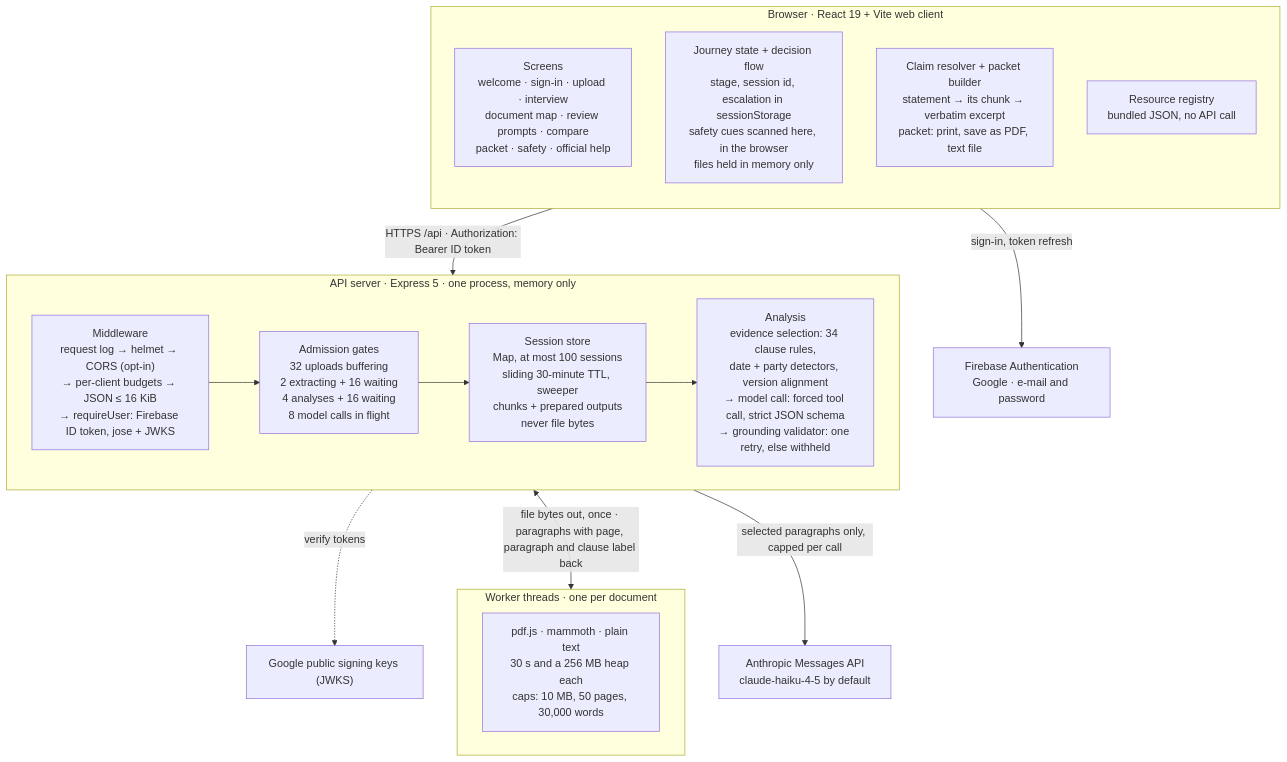
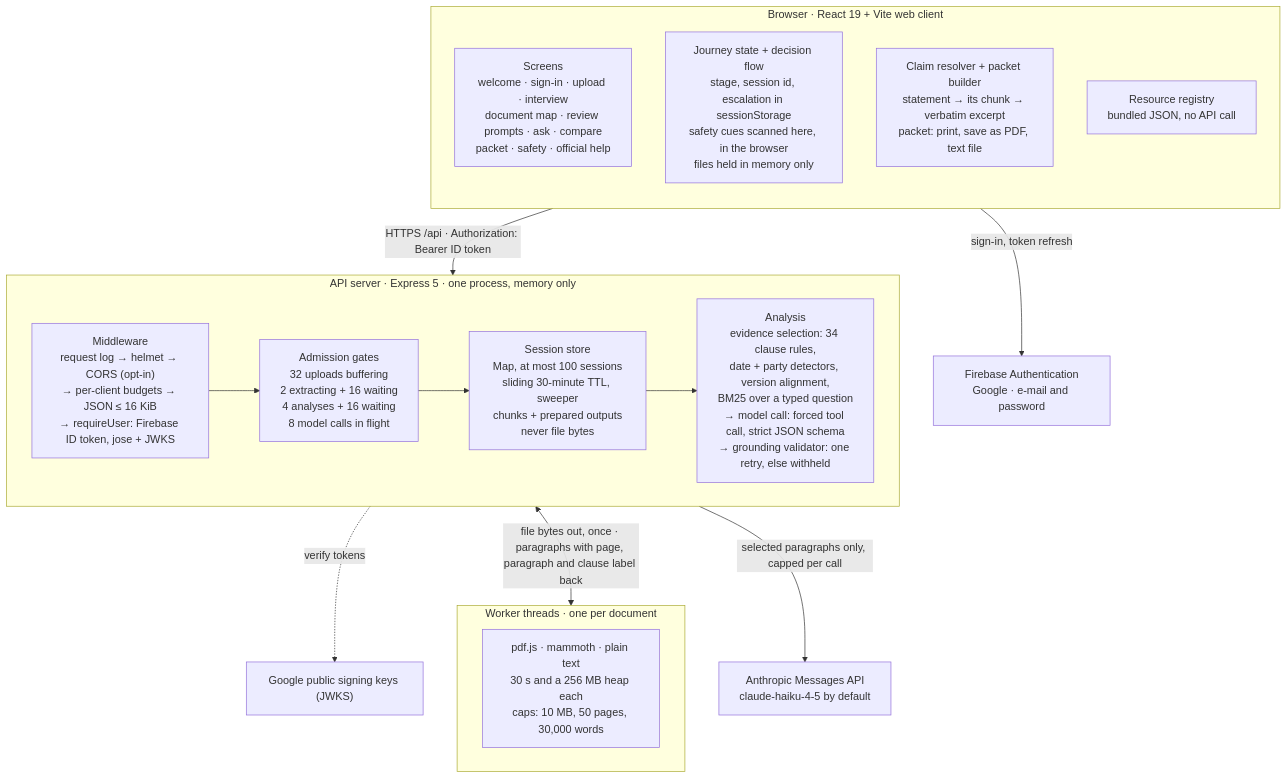
The first of 7 diagrams in README.md (adityarajgupta154/ClauseCompass), drawn with Mermaid before and after one commit. The commit also changed other lines of this file and 50 other files, not shown here.

First line of the commit message:
Answer one question about the document from its own paragraphs

````diff
--- a/README.md
+++ b/README.md
@@ -176,33 +180,33 @@
 ```mermaid
 flowchart TB
   subgraph browser["Browser · React 19 + Vite web client"]
     direction TB
-    ui["Screens<br/>welcome · sign-in · upload · interview<br/>document map · review prompts · compare<br/>packet · safety · official help"]
+    ui["Screens<br/>welcome · sign-in · upload · interview<br/>document map · review prompts · ask · compare<br/>packet · safety · official help"]
     journey["Journey state + decision flow<br/>stage, session id, escalation in sessionStorage<br/>safety cues scanned here, in the browser<br/>files held in memory only"]
     ground["Claim resolver + packet builder<br/>statement → its chunk → verbatim excerpt<br/>packet: print, save as PDF, text file"]
     resources["Resource registry<br/>bundled JSON, no API call"]
   end
 
   subgraph api["API server · Express 5 · one process, memory only"]
     direction LR
     mw["Middleware<br/>request log → helmet → CORS (opt-in)<br/>→ per-client budgets → JSON ≤ 16 KiB<br/>→ requireUser: Firebase ID token, jose + JWKS"]
     gates["Admission gates<br/>32 uploads buffering<br/>2 extracting + 16 waiting<br/>4 analyses + 16 waiting<br/>8 model calls in flight"]
     store["Session store<br/>Map, at most 100 sessions<br/>sliding 30-minute TTL, sweeper<br/>chunks + prepared outputs<br/>never file bytes"]
-    analysis["Analysis<br/>evidence selection: 34 clause rules,<br/>date + party detectors, version alignment<br/>→ model call: forced tool call, strict JSON schema<br/>→ grounding validator: one retry, else withheld"]
+    analysis["Analysis<br/>evidence selection: 34 clause rules,<br/>date + party detectors, version alignment,<br/>BM25 over a typed question<br/>→ model call: forced tool call, strict JSON schema<br/>→ grounding validator: one retry, else withheld"]
     mw --> gates --> store --> analysis
   end
 
   subgraph workers["Worker threads · one per document"]
     w["pdf.js · mammoth · plain text<br/>30 s and a 256 MB heap each<br/>caps: 10 MB, 50 pages, 30,000 words"]
   end
 
   fb["Firebase Authentication<br/>Google · e-mail and password"]
   jwks["Google public signing keys (JWKS)"]
   claude["Anthropic Messages API<br/>claude-haiku-4-5 by default"]
 
   browser -- "HTTPS /api · Authorization: Bearer ID token" --> api
   browser -- "sign-in, token refresh" --> fb
   api -. "verify tokens" .-> jwks
   api <-- "file bytes out, once · paragraphs with page, paragraph and clause label back" --> workers
   api -- "selected paragraphs only, capped per call" --> claude
 ```
````
